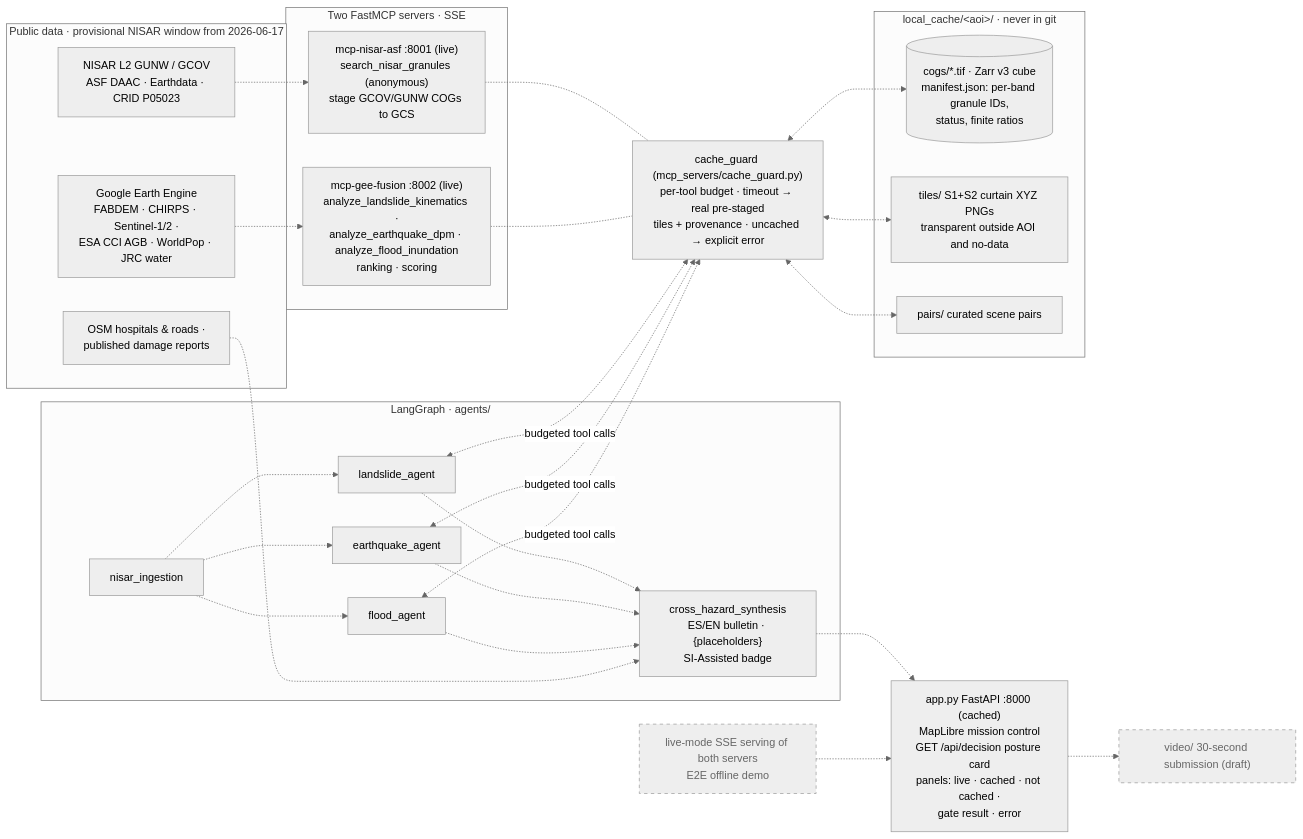
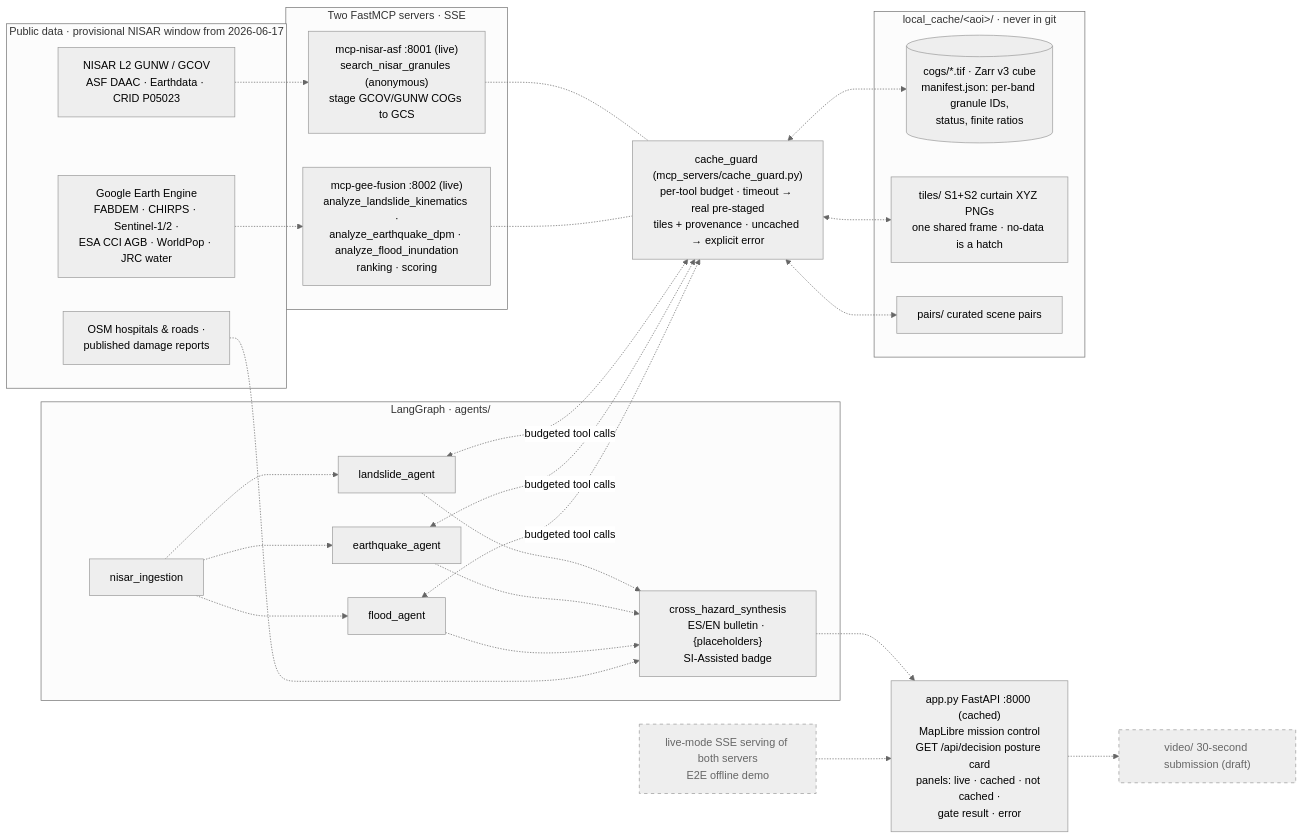
Before and after one commit to NASA-Space-Apps-Challenge-two-left-feet/surface_tango: the first of 3 diagrams in README.md, drawn with Mermaid (neutral theme). The commit also changed other lines of this file and 5 other files, not shown here.

First line of the commit message:
feat(web): share one curtain frame across cached layers

````diff
--- a/README.md
+++ b/README.md
@@ -107,42 +107,42 @@
 ```mermaid
 flowchart LR
     subgraph DATA["Public data · provisional NISAR window from 2026-06-17"]
         NISAR["NISAR L2 GUNW / GCOV<br/>ASF DAAC · Earthdata · CRID P05023"]
         GEE["Google Earth Engine<br/>FABDEM · CHIRPS · Sentinel-1/2 ·<br/>ESA CCI AGB · WorldPop · JRC water"]
         PUB["OSM hospitals & roads ·<br/>published damage reports"]
     end
     subgraph SERVERS["Two FastMCP servers · SSE"]
         M1["mcp-nisar-asf :8001 (live)<br/>search_nisar_granules (anonymous)<br/>stage GCOV/GUNW COGs to GCS"]
         M2["mcp-gee-fusion :8002 (live)<br/>analyze_landslide_kinematics ·<br/>analyze_earthquake_dpm · analyze_flood_inundation<br/>ranking · scoring"]
     end
     GUARD["cache_guard (mcp_servers/cache_guard.py)<br/>per-tool budget · timeout → real pre-staged<br/>tiles + provenance · uncached → explicit error"]
     subgraph GRAPH["LangGraph · agents/"]
         IN["nisar_ingestion"]
         L["landslide_agent"]
         Q["earthquake_agent"]
         F["flood_agent"]
         S["cross_hazard_synthesis<br/>ES/EN bulletin · {placeholders}<br/>SI-Assisted badge"]
     end
     subgraph CACHE["local_cache/&lt;aoi&gt;/ · never in git"]
         ZARR[("cogs/*.tif · Zarr v3 cube<br/>manifest.json: per-band granule IDs,<br/>status, finite ratios")]
-        TILES["tiles/ S1+S2 curtain XYZ PNGs<br/>transparent outside AOI and no-data"]
+        TILES["tiles/ S1+S2 curtain XYZ PNGs<br/>one shared frame · no-data is a hatch"]
         PAIRS["pairs/ curated scene pairs"]
     end
     UI["app.py FastAPI :8000 (cached)<br/>MapLibre mission control<br/>GET /api/decision posture card<br/>panels: live · cached · not cached ·<br/>gate result · error"]
     VIDEO["video/ 30-second submission (draft)"]
 
     NISAR -.-> M1
     GEE -.-> M2
     M1 -.- GUARD
     M2 -.- GUARD
     GUARD <-.-> ZARR & TILES & PAIRS
     IN -.-> L & Q & F
     L & Q & F <-.->|budgeted tool calls| GUARD
     L & Q & F -.-> S
     S -.-> UI
     PUB -.-> S
     UI -.-> VIDEO
     LIVE["live-mode SSE serving of both servers<br/>E2E offline demo"]:::pending -.-> UI
     class VIDEO pending
     classDef pending fill:#eee,stroke:#999,color:#666,stroke-dasharray:5 5
 ```
````
